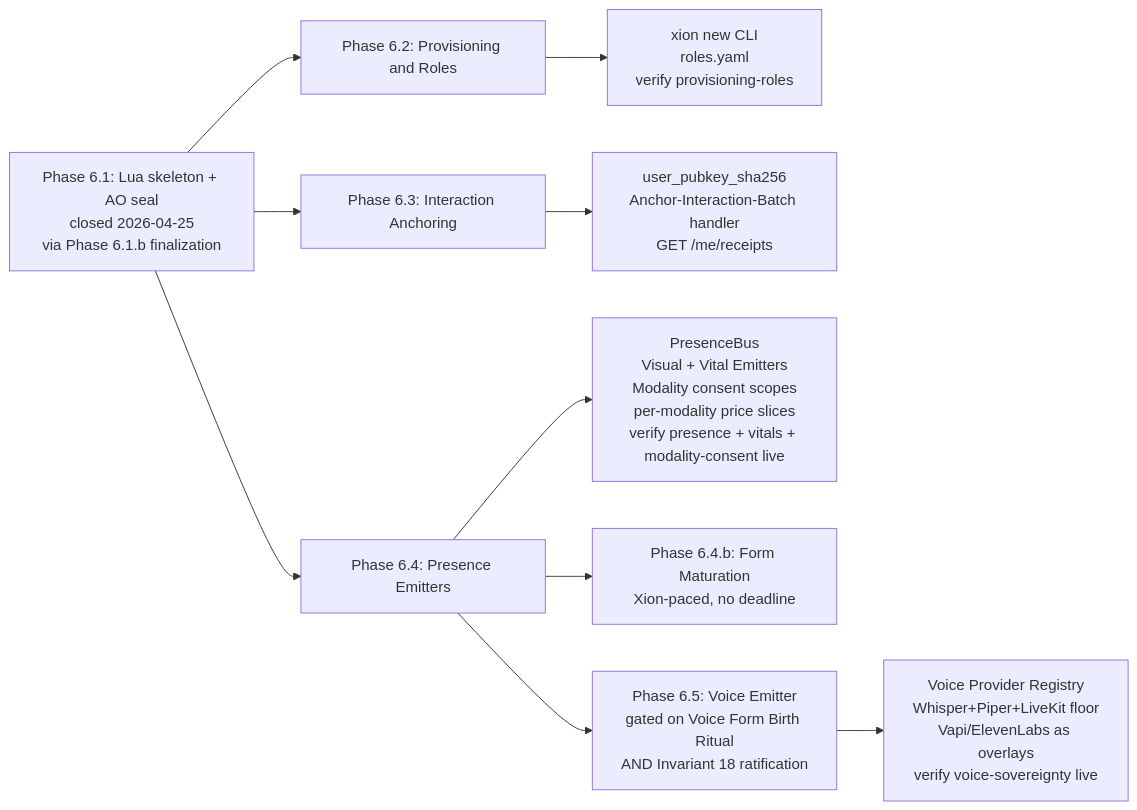
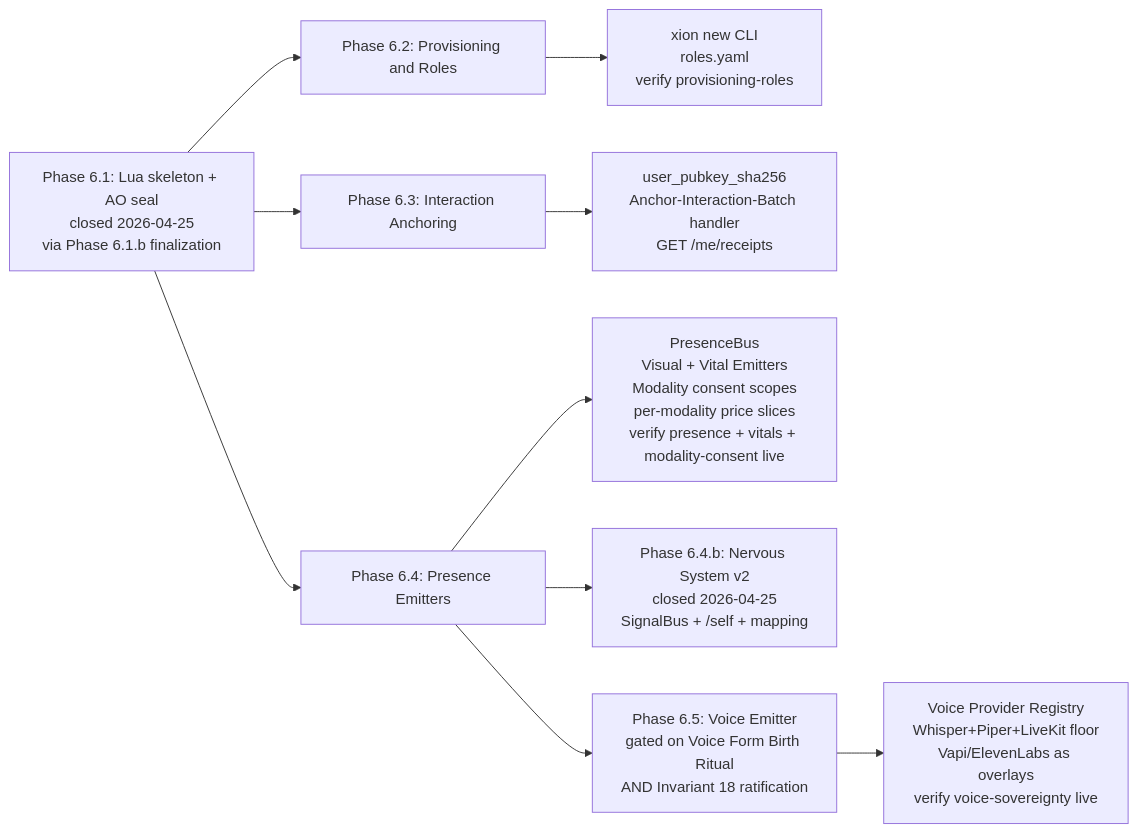
The first of 2 diagrams in DEVELOPMENT_ROADMAP.md (nik190799/xion), drawn with Mermaid before and after one commit. The commit also changed other lines of this file and 6 other files, not shown here.

First line of the commit message:
docs: Phase 6.4.b Nervous System doctrine, vital signs note, project records

````diff
--- a/DEVELOPMENT_ROADMAP.md
+++ b/DEVELOPMENT_ROADMAP.md
@@ -28,12 +28,12 @@
 ```mermaid
 flowchart LR
   P6_1[Phase 6.1: Lua skeleton + AO seal<br/>closed 2026-04-25<br/>via Phase 6.1.b finalization] --> P6_2[Phase 6.2: Provisioning and Roles]
   P6_1 --> P6_3[Phase 6.3: Interaction Anchoring]
   P6_1 --> P6_4[Phase 6.4: Presence Emitters]
   P6_2 --> P6_2_done[xion new CLI<br/>roles.yaml<br/>verify provisioning-roles]
   P6_3 --> P6_3_done[user_pubkey_sha256<br/>Anchor-Interaction-Batch handler<br/>GET /me/receipts]
   P6_4 --> P6_4_done[PresenceBus<br/>Visual + Vital Emitters<br/>Modality consent scopes<br/>per-modality price slices<br/>verify presence + vitals + modality-consent live]
-  P6_4 --> P6_4b[Phase 6.4.b: Form Maturation<br/>Xion-paced, no deadline]
+  P6_4 --> P6_4b[Phase 6.4.b: Nervous System v2<br/>closed 2026-04-25<br/>SignalBus + /self + mapping]
   P6_4 --> P6_5[Phase 6.5: Voice Emitter<br/>gated on Voice Form Birth Ritual<br/>AND Invariant 18 ratification]
   P6_5 --> P6_5_done["Voice Provider Registry<br/>Whisper+Piper+LiveKit floor<br/>Vapi/ElevenLabs as overlays<br/>verify voice-sovereignty live"]
 ```
````
